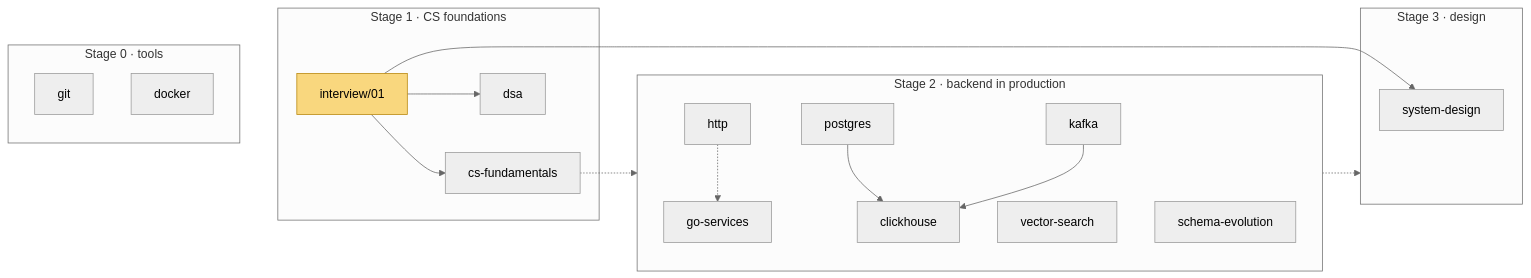
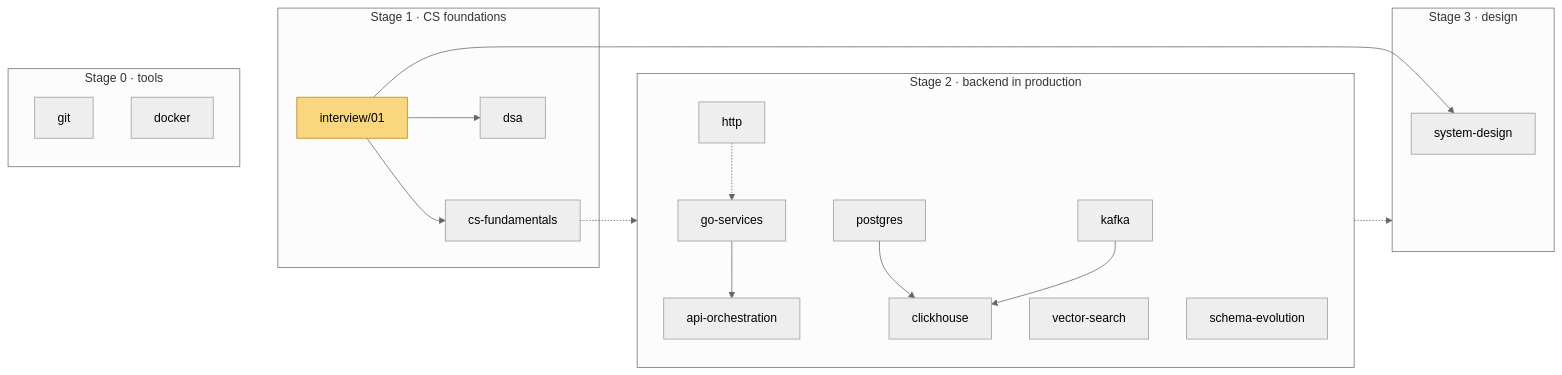
One commit to Beasr1/til changed the first of 3 diagrams in README.md. Above: the diagram before and after it, drawn with Mermaid (neutral theme). The commit also changed other lines of this file, not shown here.

Commit message:
docs:roadmap adds api-orchestration

````diff
--- a/README.md
+++ b/README.md
@@ -55,34 +55,35 @@
 ```mermaid
 flowchart LR
     subgraph S0["Stage 0 · tools"]
         git[git]
         docker[docker]
     end
 
     subgraph S1["Stage 1 · CS foundations"]
         iv01[interview/01]
         csf[cs-fundamentals]
         dsa[dsa]
         iv01 --> csf
         iv01 --> dsa
     end
 
     subgraph S2["Stage 2 · backend in production"]
         http[http] -.-> go[go-services]
+        go --> ao[api-orchestration]
         pg[postgres] --> ch[clickhouse]
         kafka[kafka] --> ch
         vs[vector-search]
         se[schema-evolution]
     end
 
     subgraph S3["Stage 3 · design"]
         sd[system-design]
     end
 
     S0 ~~~ S1
     csf -.-> S2
     S2 -.-> S3
     iv01 --> sd
 
     style iv01 fill:#f9d77e,stroke:#b8860b,color:#000
 ```
````
